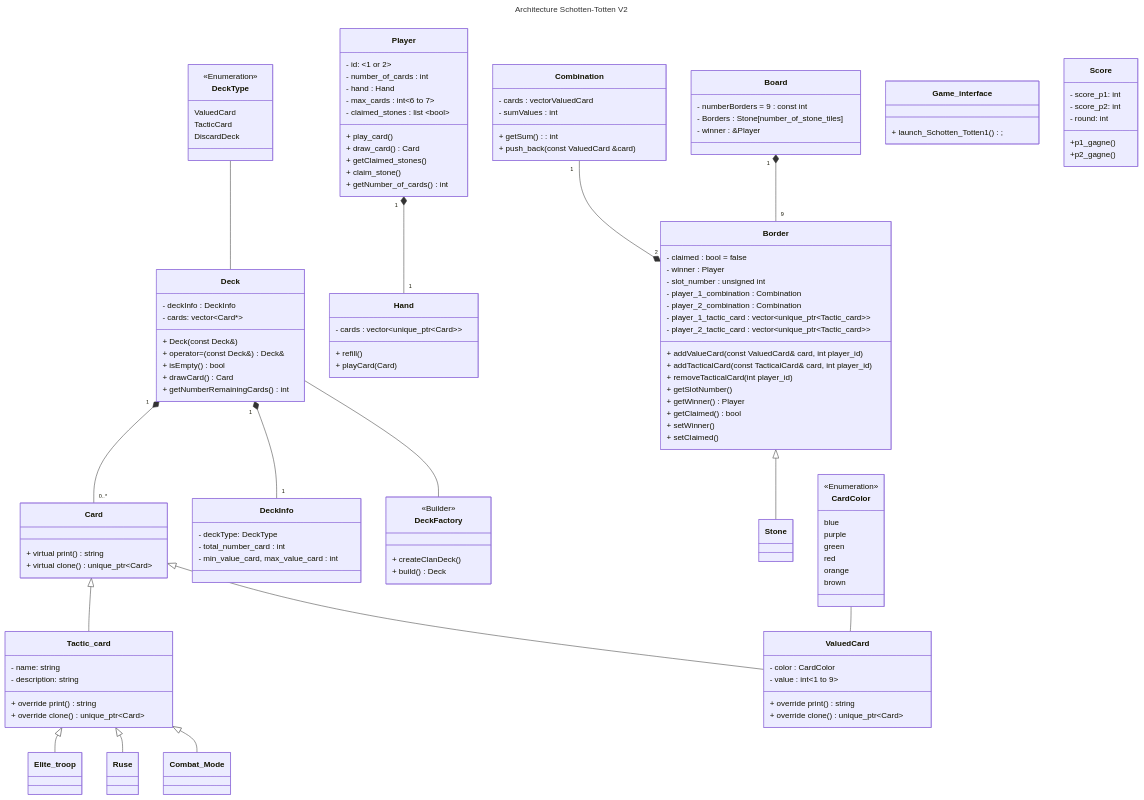
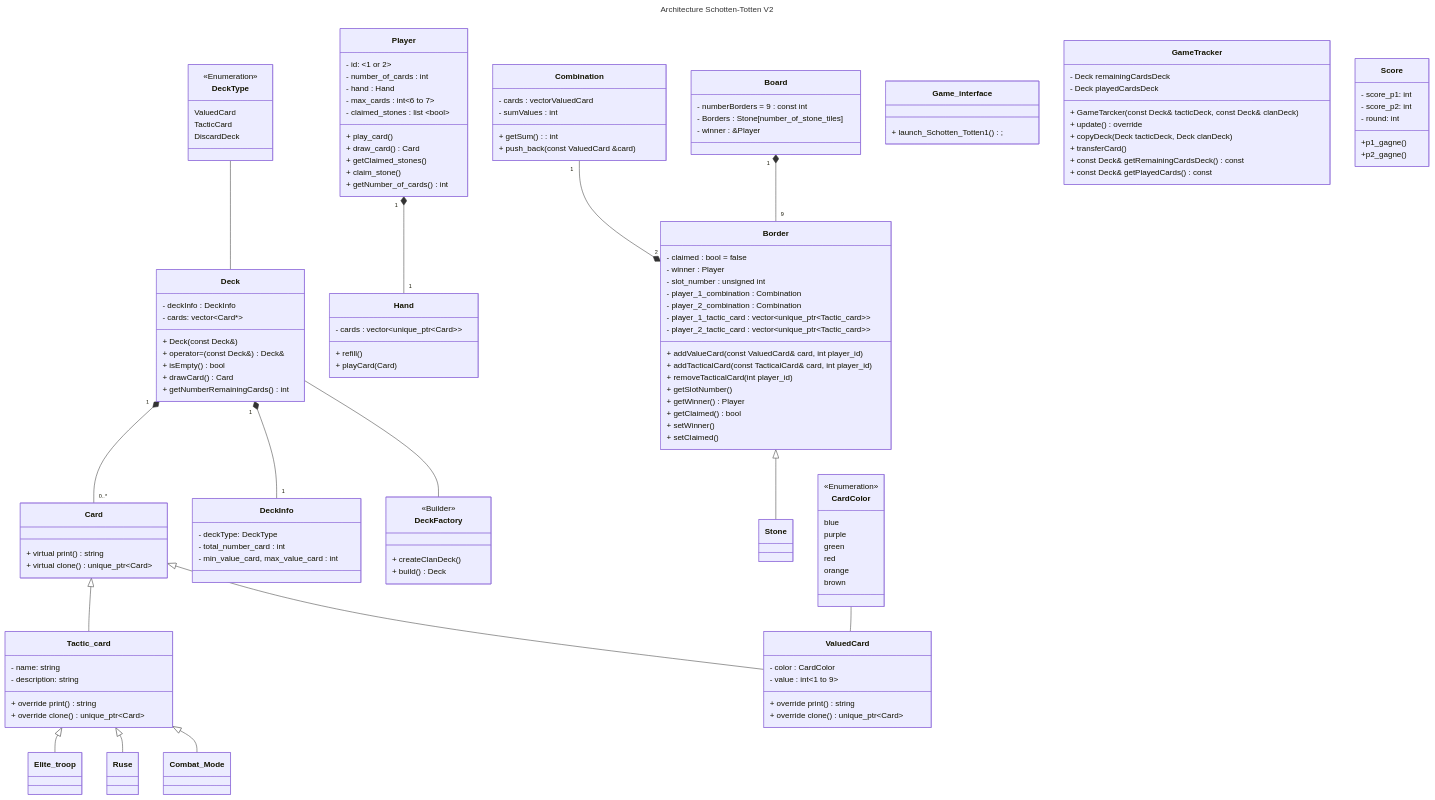
The first of 2 diagrams in documentation/UML_v2.md (kilaposhi/Schotten-Totten), drawn with Mermaid before and after one commit.

```diff
--- a/documentation/UML_v2.md
+++ b/documentation/UML_v2.md
@@ -83,8 +83,15 @@
     + setClaimed()
 }
 
-class Stone{
-    
+class GameTracker{
+    - Deck remainingCardsDeck
+    - Deck playedCardsDeck
+    + GameTarcker(const Deck& tacticDeck, const Deck& clanDeck)
+    + update() override
+    + copyDeck(Deck tacticDeck, Deck clanDeck)
+    + transferCard()
+    + const Deck& getRemainingCardsDeck() const
+    + const Deck& getPlayedCards() const
 }
 
 class Hand {
```
